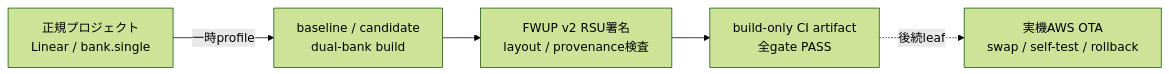
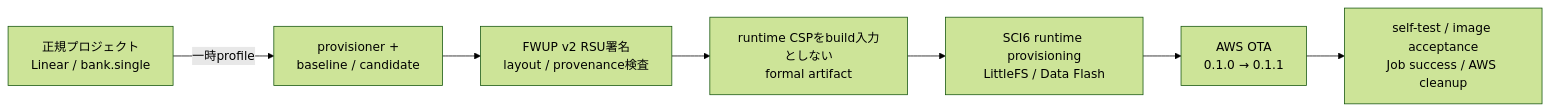
Before and after one commit to HirokiIshiguro/iot-reference-rx: the diagram in Projects/aws_wifi_rx671_ek/e2studio_ccrx/OTA_FLASH_LAYOUT.md, drawn with Mermaid (forest theme). The commit also changed other lines of this file and 3 other files, not shown here.

````diff
--- a/Projects/aws_wifi_rx671_ek/e2studio_ccrx/OTA_FLASH_LAYOUT.md
+++ b/Projects/aws_wifi_rx671_ek/e2studio_ccrx/OTA_FLASH_LAYOUT.md
@@ -3,7 +3,9 @@
 ```mermaid
 flowchart LR
-    A["正規プロジェクト<br/>Linear / bank.single"] -->|"一時profile"| B["baseline / candidate<br/>dual-bank build"]
+    A["正規プロジェクト<br/>Linear / bank.single"] -->|"一時profile"| B["provisioner +<br/>baseline / candidate"]
     B --> C["FWUP v2 RSU署名<br/>layout / provenance検査"]
-    C --> D["build-only CI artifact<br/>全gate PASS"]
-    D -. "後続leaf" .-> E["実機AWS OTA<br/>swap / self-test / rollback"]
+    C --> D["runtime CSPをbuild入力としない<br/>formal artifact"]
+    D --> E["SCI6 runtime provisioning<br/>LittleFS / Data Flash"]
+    E --> F["AWS OTA<br/>0.1.0 → 0.1.1"]
+    F --> G["self-test / image acceptance<br/>Job success / AWS cleanup"]
 ```
````
